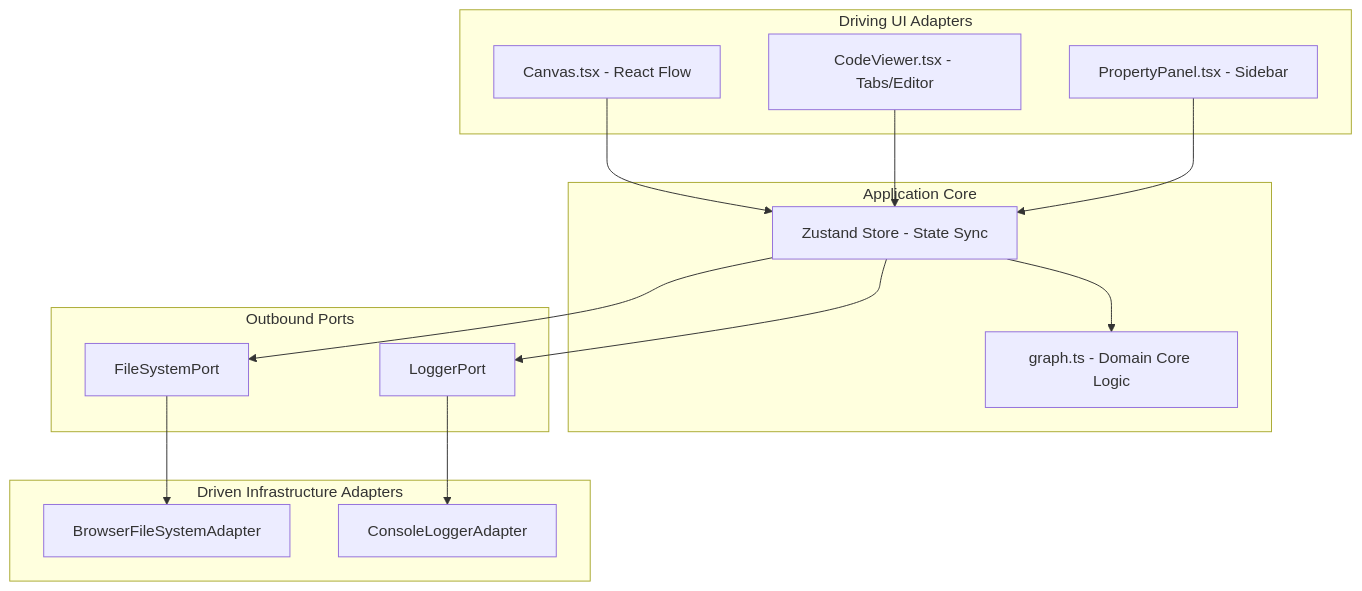
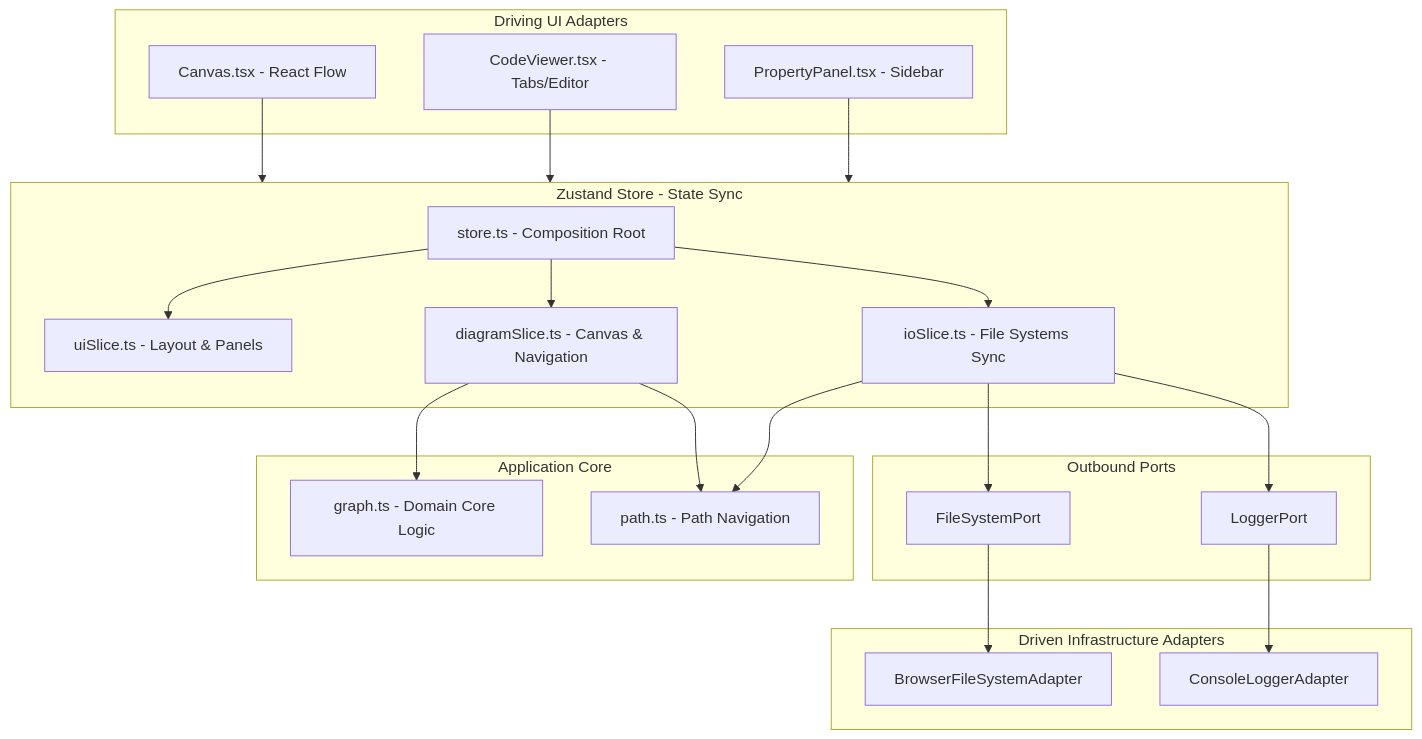
One commit to mzworthington/blueprint changed the diagram in README.md. Above: the diagram before and after it, drawn with Mermaid. The commit also changed other lines of this file and 5 other files, not shown here.

Commit message:
docs: update architecture diagram, add path handling description, and document modular zustand store slices

````diff
--- a/README.md
+++ b/README.md
@@ -41,32 +41,44 @@
 ```mermaid
 graph TD
     subgraph Driving [Driving UI Adapters]
         Canvas[Canvas.tsx - React Flow]
         CodeViewer[CodeViewer.tsx - Tabs/Editor]
         PropertyPanel[PropertyPanel.tsx - Sidebar]
     end
 
+    subgraph Store [Zustand Store - State Sync]
+        StoreEntry[store.ts - Composition Root]
+        UiSlice[uiSlice.ts - Layout & Panels]
+        DiagramSlice[diagramSlice.ts - Canvas & Navigation]
+        IoSlice[ioSlice.ts - File Systems Sync]
+        StoreEntry --> UiSlice
+        StoreEntry --> DiagramSlice
+        StoreEntry --> IoSlice
+    end
+
     subgraph Core [Application Core]
-        Store[Zustand Store - State Sync]
-        Domain[graph.ts - Domain Core Logic]
+        DomainGraph[graph.ts - Domain Core Logic]
+        DomainPath[path.ts - Path Navigation]
     end
 
     subgraph Ports [Outbound Ports]
         FSPort[FileSystemPort]
         LoggerPort[LoggerPort]
     end
 
     subgraph Driven [Driven Infrastructure Adapters]
         FSAdapter[BrowserFileSystemAdapter]
         LogAdapter[ConsoleLoggerAdapter]
     end
 
     Canvas --> Store
     CodeViewer --> Store
     PropertyPanel --> Store
-    Store --> Domain
-    Store --> FSPort
-    Store --> LoggerPort
+    DiagramSlice --> DomainGraph
+    DiagramSlice --> DomainPath
+    IoSlice --> DomainPath
+    IoSlice --> FSPort
+    IoSlice --> LoggerPort
     FSPort --> FSAdapter
     LoggerPort --> LogAdapter
 ```
````
